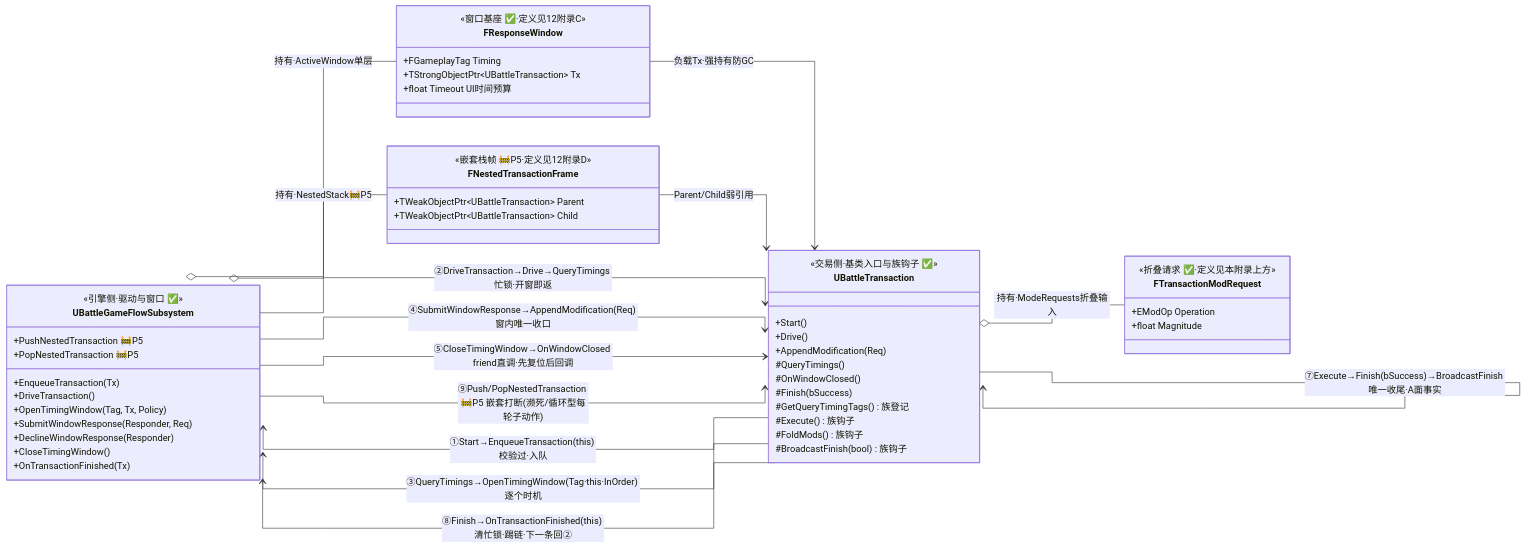
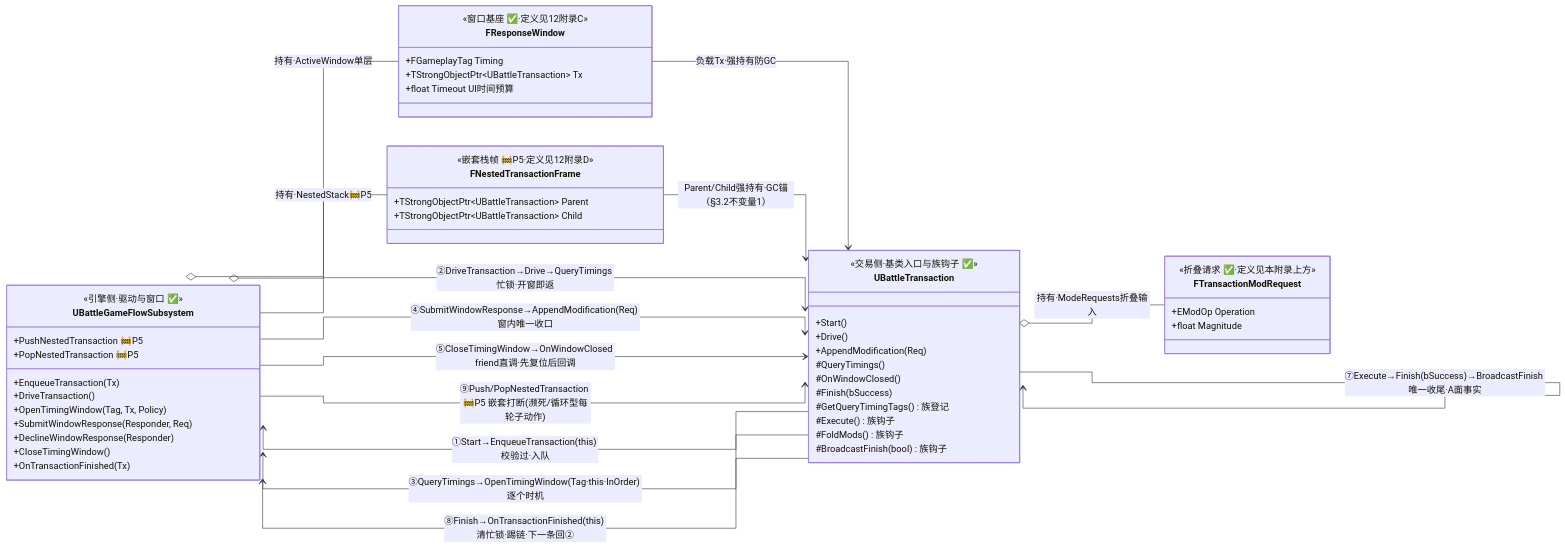
Before and after one commit to Fyammetta/ArkWars: the second of 2 diagrams in Docs/01-整体设计/04-交易模型.md, drawn with Mermaid. The commit also changed other lines of this file and 25 other files, not shown here.

````diff
--- a/Docs/01-整体设计/04-交易模型.md
+++ b/Docs/01-整体设计/04-交易模型.md
@@ -666,67 +716,67 @@
 ```mermaid
 %%{init: {"flowchart": {"curve": "stepAfter"}}}%%
 classDiagram
     direction LR
 
     class UBattleGameFlowSubsystem {
         <<引擎侧·驱动与窗口 ✅>>
         +EnqueueTransaction(Tx)
         +DriveTransaction()
         +OpenTimingWindow(Tag, Tx, Policy)
         +SubmitWindowResponse(Responder, Req)
         +DeclineWindowResponse(Responder)
         +CloseTimingWindow()
         +OnTransactionFinished(Tx)
         +PushNestedTransaction 🚧P5
         +PopNestedTransaction 🚧P5
     }
 
     class UBattleTransaction {
         <<交易侧·基类入口与族钩子 ✅>>
         +Start()
         +Drive()
         +AppendModification(Req)
         #QueryTimings()
         #OnWindowClosed()
         #Finish(bSuccess)
         #GetQueryTimingTags() 族登记
         #Execute() 族钩子
         #FoldMods() 族钩子
         #BroadcastFinish(bool) 族钩子
     }
 
     class FResponseWindow {
         <<窗口基座 ✅·定义见12附录C>>
         +FGameplayTag Timing
         +TStrongObjectPtr~UBattleTransaction~ Tx
         +float Timeout UI时间预算
     }
 
     class FNestedTransactionFrame {
         <<嵌套栈帧 🚧P5·定义见12附录D>>
-        +TWeakObjectPtr~UBattleTransaction~ Parent
-        +TWeakObjectPtr~UBattleTransaction~ Child
+        +TStrongObjectPtr~UBattleTransaction~ Parent
+        +TStrongObjectPtr~UBattleTransaction~ Child
     }
 
     class FTransactionModRequest {
         <<折叠请求 ✅·定义见本附录上方>>
         +EModOp Operation
         +float Magnitude
     }
 
     UBattleGameFlowSubsystem o-- FResponseWindow : 持有·ActiveWindow单层
     UBattleGameFlowSubsystem o-- FNestedTransactionFrame : 持有·NestedStack🚧P5
     FResponseWindow --> UBattleTransaction : 负载Tx·强持有防GC
-    FNestedTransactionFrame --> UBattleTransaction : Parent/Child弱引用
+    FNestedTransactionFrame --> UBattleTransaction : Parent/Child强持有·GC锚（§3.2不变量1）
     UBattleTransaction o-- FTransactionModRequest : 持有·ModeRequests折叠输入
 
     UBattleTransaction --> UBattleGameFlowSubsystem : ①Start→EnqueueTransaction(this) 校验过·入队
     UBattleGameFlowSubsystem --> UBattleTransaction : ②DriveTransaction→Drive→QueryTimings 忙锁·开窗即返
     UBattleTransaction --> UBattleGameFlowSubsystem : ③QueryTimings→OpenTimingWindow(Tag·this·InOrder) 逐个时机
     UBattleGameFlowSubsystem --> UBattleTransaction : ④SubmitWindowResponse→AppendModification(Req) 窗内唯一收口
     UBattleGameFlowSubsystem --> UBattleTransaction : ⑤CloseTimingWindow→OnWindowClosed friend直调·先复位后回调
     UBattleTransaction --> UBattleTransaction : ⑥OnWindowClosed→Execute→FoldMods 族自链·多时机未问完先回③
     UBattleTransaction --> UBattleTransaction : ⑦Execute→Finish(bSuccess)→BroadcastFinish 唯一收尾·A面事实
     UBattleTransaction --> UBattleGameFlowSubsystem : ⑧Finish→OnTransactionFinished(this) 清忙锁·踢链·下一条回②
     UBattleGameFlowSubsystem --> UBattleTransaction : ⑨Push/PopNestedTransaction 🚧P5 嵌套打断(濒死/循环型每轮子动作)
 ```
````
